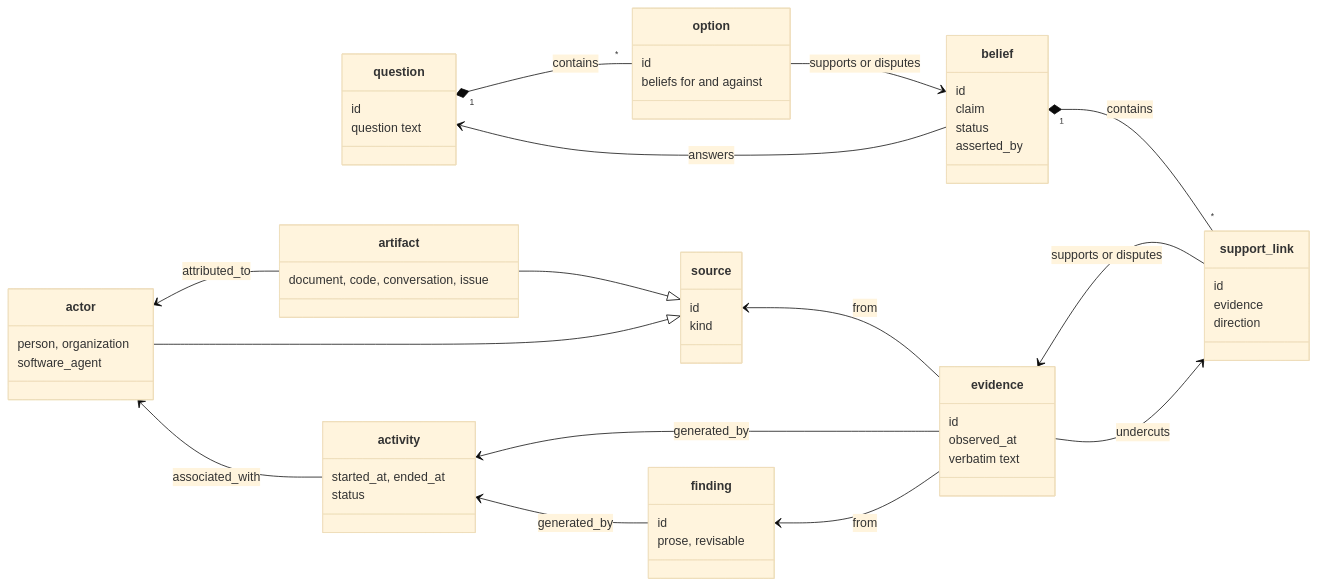
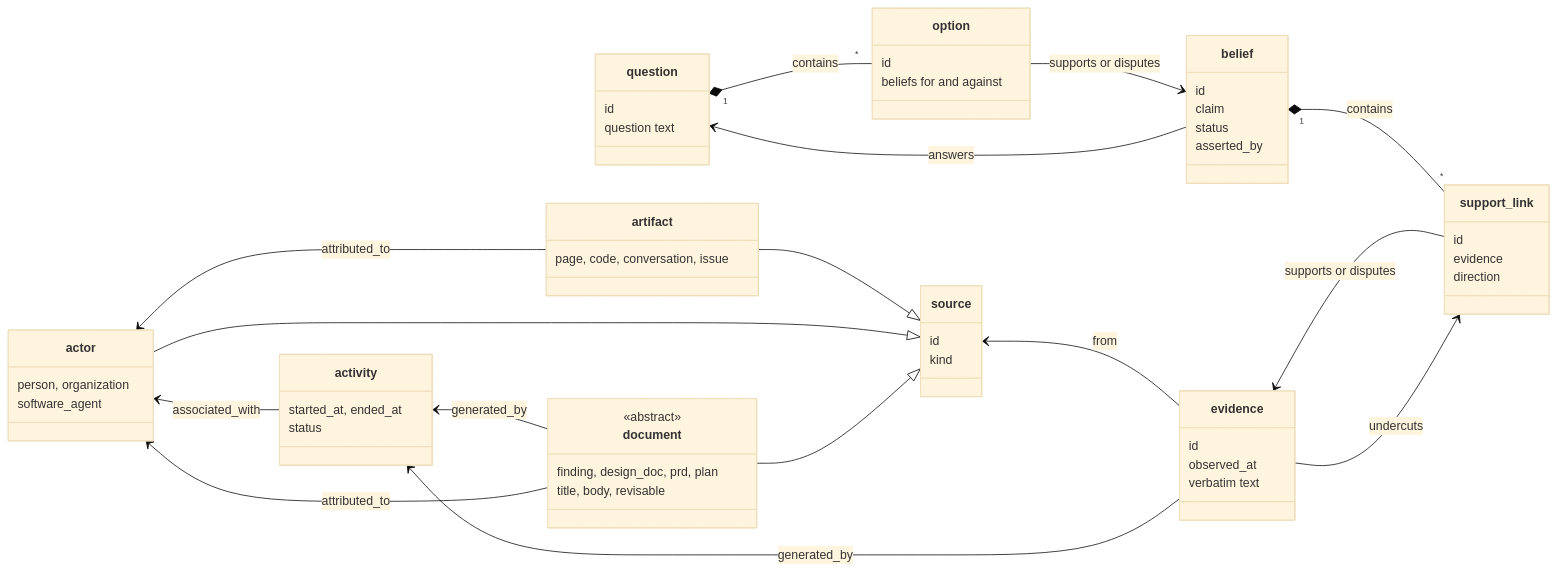
The second of 5 diagrams in docs/context-graph/01-model.md (andycondon/loremason), drawn with Mermaid (base theme) before and after one commit. The commit also changed other lines of this file and 40 other files, not shown here.

````diff
--- a/docs/context-graph/01-model.md
+++ b/docs/context-graph/01-model.md
@@ -76,61 +66,63 @@
 ```mermaid
 classDiagram
   direction LR
   class question {
     id
     question text
   }
   class option {
     id
     beliefs for and against
   }
   class belief {
     id
     claim
     status
     asserted_by
   }
   class support_link {
     id
     evidence
     direction
   }
   class evidence {
     id
     observed_at
     verbatim text
   }
   class source {
     id
     kind
   }
   class actor {
     person, organization
     software_agent
   }
   class activity {
     started_at, ended_at
     status
   }
   class artifact {
-    document, code, conversation, issue
+    page, code, conversation, issue
   }
-  class finding {
-    id
-    prose, revisable
+  class document {
+    <<abstract>>
+    finding, design_doc, prd, plan
+    title, body, revisable
   }
   question "1" *-- "*" option : contains
   option --> belief : supports or disputes
   belief --> question : answers
   belief "1" *-- "*" support_link : contains
   evidence <-- support_link : supports or disputes
   evidence --> support_link : undercuts
   source <-- evidence : from
   artifact --|> source
   actor --|> source
+  document --|> source
   actor <-- artifact : attributed_to
   activity <-- evidence : generated_by
-  activity <-- finding : generated_by
-  finding <-- evidence : from
+  activity <-- document : generated_by
+  actor <-- document : attributed_to
   actor <-- activity : associated_with
 ```
````
